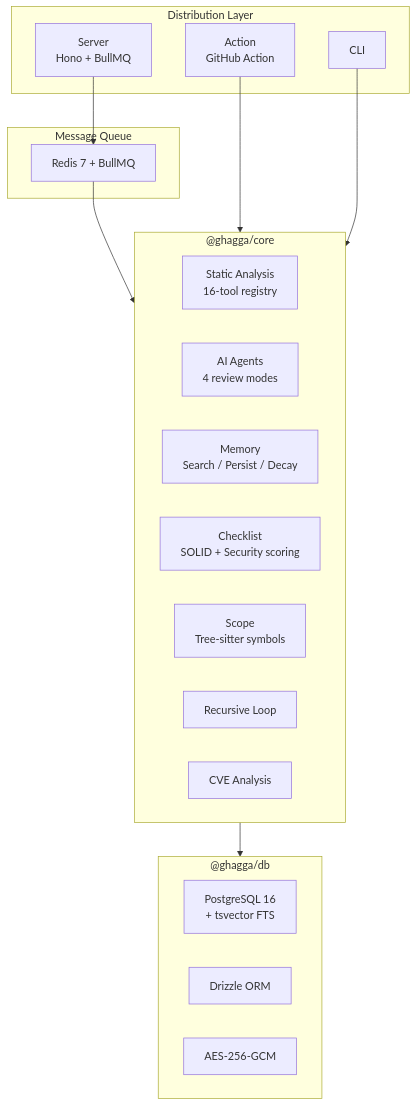
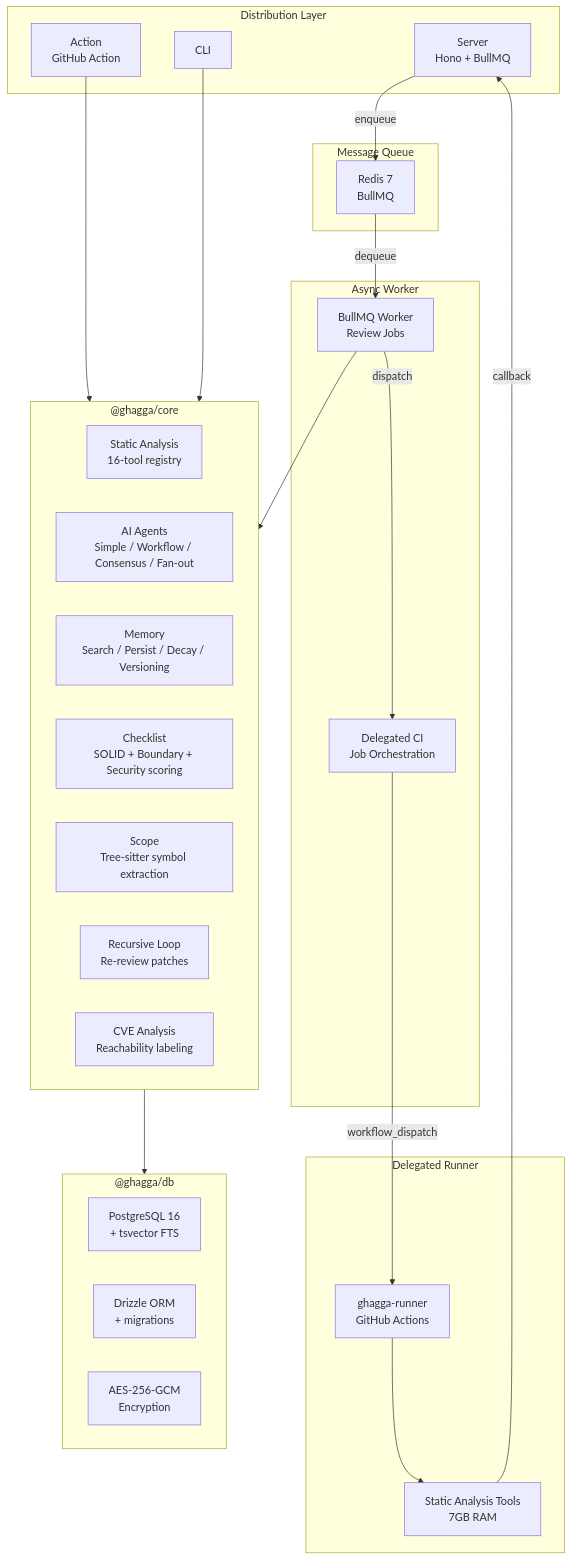
Before and after one commit to JNZader/ghagga: the first of 2 diagrams in README.md, drawn with Mermaid. The commit also changed other lines of this file, not shown here.

````diff
--- a/README.md
+++ b/README.md
@@ -130,32 +449,49 @@
 ```mermaid
 graph TB
   subgraph Distribution["Distribution Layer"]
     Server["Server<br/>Hono + BullMQ"]
     Action["Action<br/>GitHub Action"]
     CLI["CLI"]
   end
 
+  subgraph Worker["Async Worker"]
+    BullMQ["BullMQ Worker<br/>Review Jobs"]
+    DelegatedCI["Delegated CI<br/>Job Orchestration"]
+  end
+
+  subgraph Runner["Delegated Runner"]
+    RunnerRepo["ghagga-runner<br/>GitHub Actions"]
+    RunnerTools["Static Analysis Tools<br/>7GB RAM"]
+  end
+
   subgraph Core["@ghagga/core"]
     SA["Static Analysis<br/>16-tool registry"]
-    Agents["AI Agents<br/>4 review modes"]
-    Memory["Memory<br/>Search / Persist / Decay"]
-    Checklist["Checklist<br/>SOLID + Security scoring"]
-    Scope["Scope<br/>Tree-sitter symbols"]
-    Recursive["Recursive Loop"]
-    Exploitability["CVE Analysis"]
+    Agents["AI Agents<br/>Simple / Workflow / Consensus / Fan-out"]
+    Memory["Memory<br/>Search / Persist / Decay / Versioning"]
+    Checklist["Checklist<br/>SOLID + Boundary + Security scoring"]
+    Scope["Scope<br/>Tree-sitter symbol extraction"]
+    Recursive["Recursive Loop<br/>Re-review patches"]
+    Exploitability["CVE Analysis<br/>Reachability labeling"]
   end
 
   subgraph DB["@ghagga/db"]
     PG["PostgreSQL 16<br/>+ tsvector FTS"]
-    Drizzle["Drizzle ORM"]
-    Crypto["AES-256-GCM"]
+    Drizzle["Drizzle ORM<br/>+ migrations"]
+    Crypto["AES-256-GCM<br/>Encryption"]
   end
 
   subgraph Queue["Message Queue"]
-    Redis["Redis 7 + BullMQ"]
+    Redis["Redis 7<br/>BullMQ"]
   end
 
-  Server --> Redis --> Core --> DB
+  Server -- enqueue --> Redis
+  Redis -- dequeue --> BullMQ
+  BullMQ --> Core
+  BullMQ -- dispatch --> DelegatedCI
+  DelegatedCI -- workflow_dispatch --> RunnerRepo
+  RunnerRepo --> RunnerTools
+  RunnerTools -- callback --> Server
   Action --> Core
   CLI --> Core
+  Core --> DB
 ```
````
